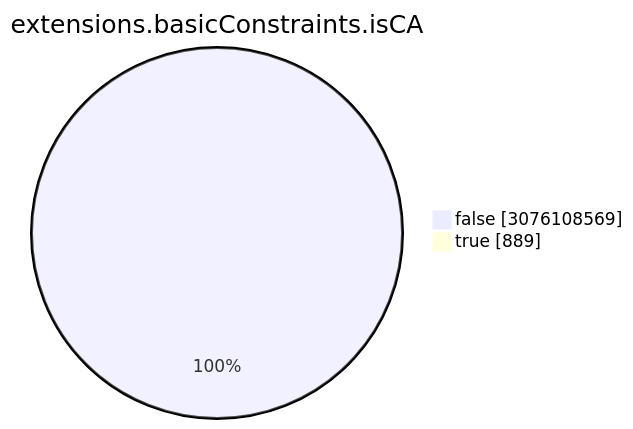
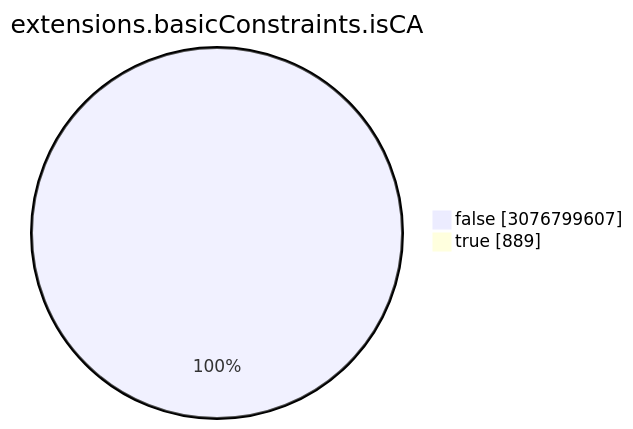
One commit to christiankrug/ctmonitor_visualization changed the seventh of 15 diagrams in TOTAL/README.md. Above: the diagram before and after it, drawn with Mermaid. The commit also changed other lines of this file, not shown here.

````diff
--- a/TOTAL/README.md
+++ b/TOTAL/README.md
@@ -3088,6 +3088,6 @@
 ```mermaid
 pie showData
 title extensions.basicConstraints.isCA
-"false" :3076108569
+"false" :3076799607
 "true" :889
 ```
````
